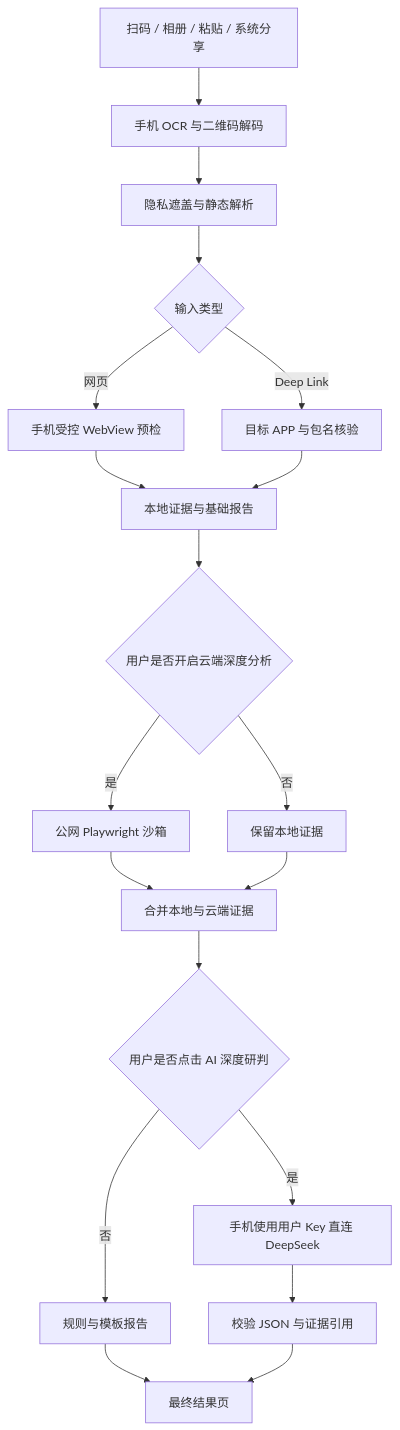
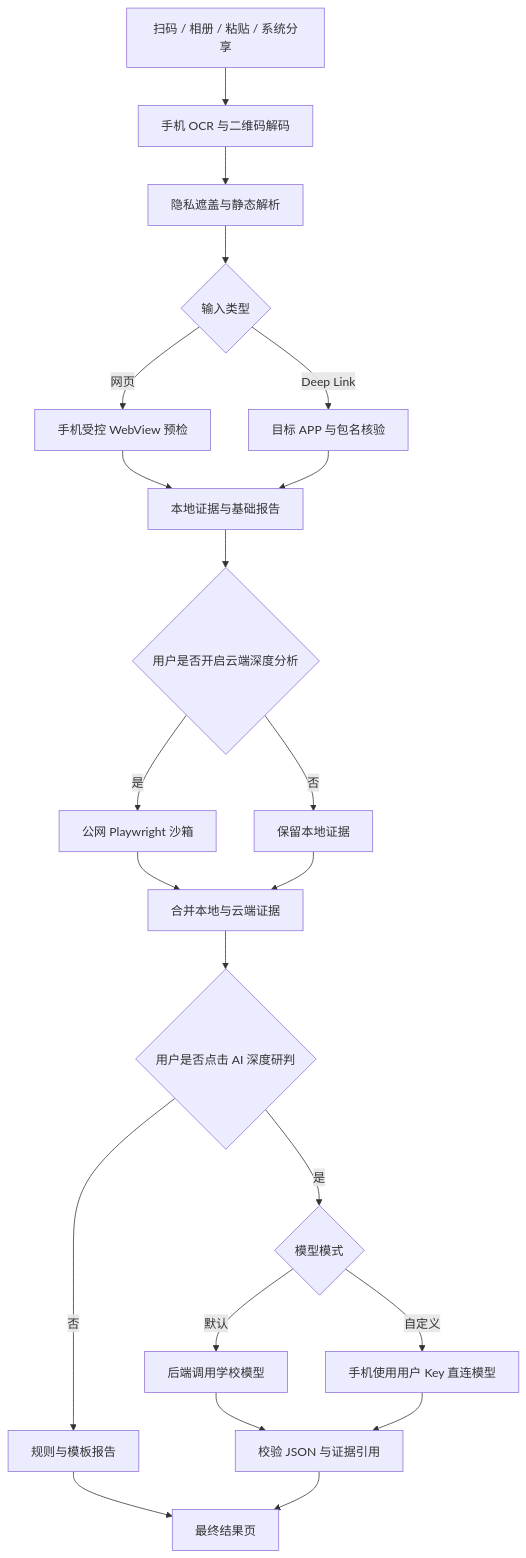
The first of 2 diagrams in README.md (xl3036197231/TapLens), drawn with Mermaid before and after one commit. The commit also changed other lines of this file and 20 other files, not shown here.

````diff
--- a/README.md
+++ b/README.md
@@ -67,21 +67,24 @@
 ```mermaid
 flowchart TD
     A[扫码 / 相册 / 粘贴 / 系统分享] --> B[手机 OCR 与二维码解码]
     B --> C[隐私遮盖与静态解析]
     C --> D{输入类型}
     D -->|网页| E[手机受控 WebView 预检]
     D -->|Deep Link| F[目标 APP 与包名核验]
     E --> G[本地证据与基础报告]
     F --> G
     G --> H{用户是否开启云端深度分析}
     H -->|是| I[公网 Playwright 沙箱]
     H -->|否| J[保留本地证据]
     I --> K[合并本地与云端证据]
     J --> K
     K --> L{用户是否点击 AI 深度研判}
-    L -->|是| M[手机使用用户 Key 直连 DeepSeek]
+    L -->|是| M{模型模式}
+    M -->|默认| Q[后端调用学校模型]
+    M -->|自定义| R[手机使用用户 Key 直连模型]
     L -->|否| N[规则与模板报告]
-    M --> O[校验 JSON 与证据引用]
+    Q --> O[校验 JSON 与证据引用]
+    R --> O
     N --> P[最终结果页]
     O --> P
 ```
````
